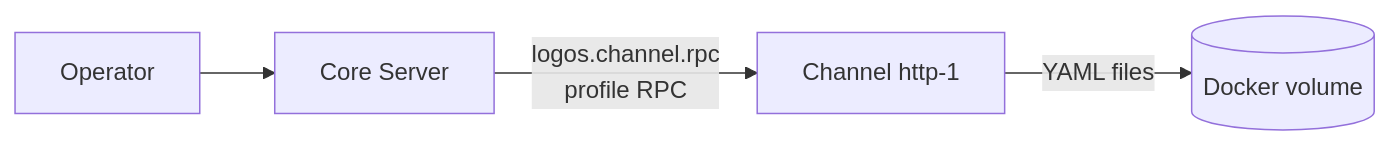
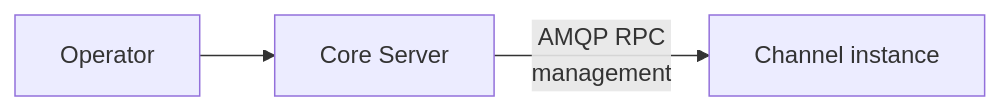
The diagram in src/content/docs/contracts/channel-core-rpc.md (LogosCore/logos-docs), drawn with Mermaid before and after one commit. The commit also changed other lines of this file and 22 other files, not shown here.

````diff
--- a/src/content/docs/contracts/channel-core-rpc.md
+++ b/src/content/docs/contracts/channel-core-rpc.md
@@ -39,6 +30,5 @@
 ```mermaid
 graph LR
     OP[Operator] --> CS[Core Server]
-    CS -- "logos.channel.rpc<br/>profile RPC" --> CH[Channel http-1]
-    CH -- "YAML files" --> VOL[(Docker volume)]
+    CS -- "AMQP RPC<br/>management" --> CH[Channel instance]
 ```
````
